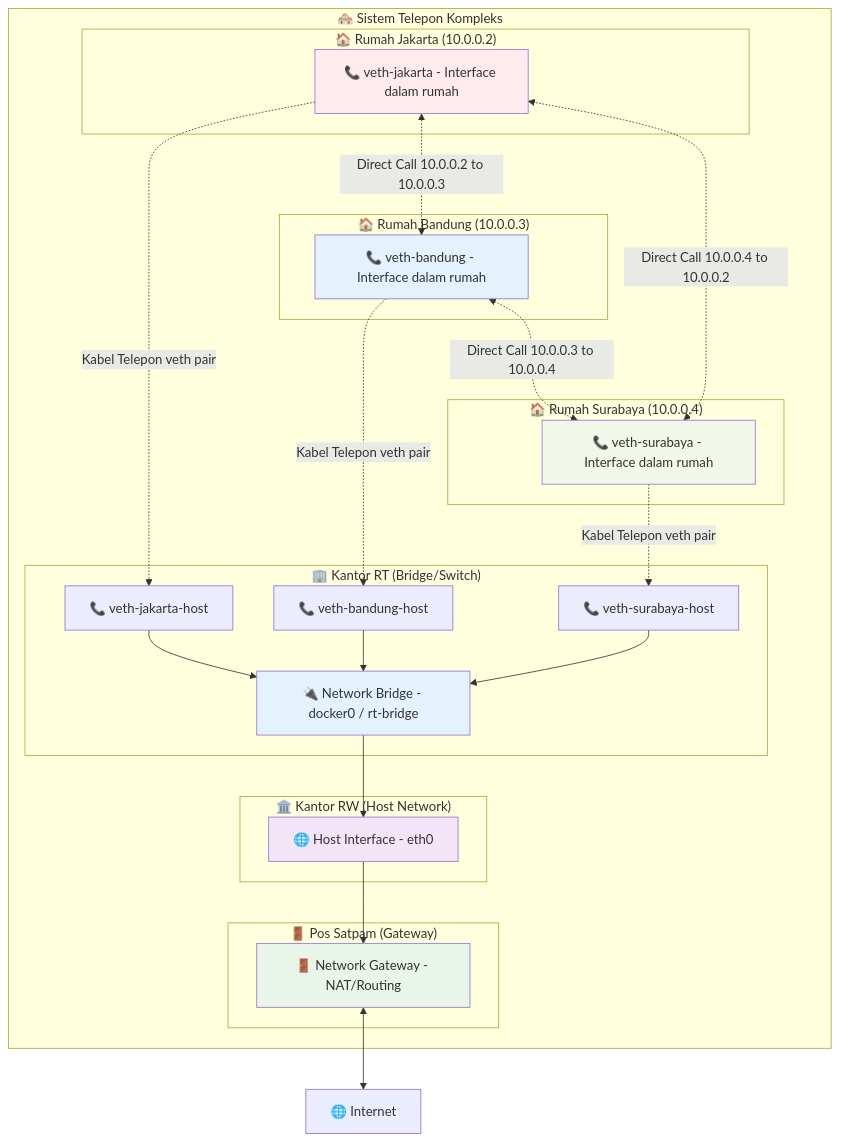
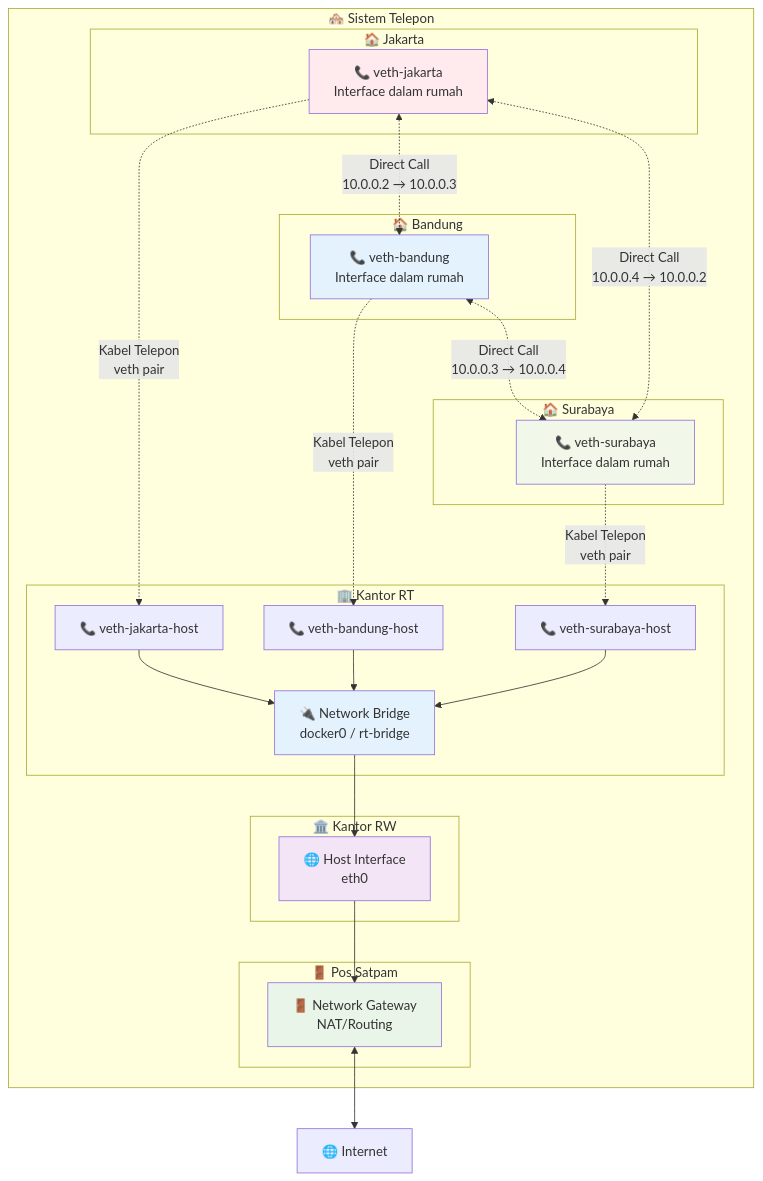
The fifth of 8 diagrams in docs/DIAGRAMS.md (tonidy/pak-rt), drawn with Mermaid before and after one commit. The commit also changed other lines of this file, not shown here.

First line of the commit message:
docs(diagrams): improve Mermaid diagram readability with line breaks

````diff
--- a/docs/DIAGRAMS.md
+++ b/docs/DIAGRAMS.md
@@ -190,56 +190,56 @@
 ```mermaid
 graph TB
-    subgraph "🏘️ Sistem Telepon Kompleks"
-        subgraph "🏠 Rumah Jakarta (10.0.0.2)"
-            TelJkt[📞 veth-jakarta - Interface dalam rumah]
+    subgraph "🏘️ Sistem Telepon"
+        subgraph "🏠 Jakarta"
+            TelJkt[📞 veth-jakarta<br/>Interface dalam rumah]
         end
         
-        subgraph "🏠 Rumah Bandung (10.0.0.3)"
-            TelBdg[📞 veth-bandung - Interface dalam rumah]
+        subgraph "🏠 Bandung"
+            TelBdg[📞 veth-bandung<br/>Interface dalam rumah]
         end
         
-        subgraph "🏠 Rumah Surabaya (10.0.0.4)"
-            TelSby[📞 veth-surabaya - Interface dalam rumah]
+        subgraph "🏠 Surabaya"
+            TelSby[📞 veth-surabaya<br/>Interface dalam rumah]
         end
         
-        subgraph "🏢 Kantor RT (Bridge/Switch)"
-            Switch[🔌 Network Bridge - docker0 / rt-bridge]
+        subgraph "🏢 Kantor RT"
+            Switch[🔌 Network Bridge<br/>docker0 / rt-bridge]
             HostJkt[📞 veth-jakarta-host]
             HostBdg[📞 veth-bandung-host]
             HostSby[📞 veth-surabaya-host]
         end
         
-        subgraph "🏛️ Kantor RW (Host Network)"
-            HostNet[🌐 Host Interface - eth0]
+        subgraph "🏛️ Kantor RW"
+            HostNet[🌐 Host Interface<br/>eth0]
         end
         
-        subgraph "🚪 Pos Satpam (Gateway)"
-            Gateway[🚪 Network Gateway - NAT/Routing]
+        subgraph "🚪 Pos Satpam"
+            Gateway[🚪 Network Gateway<br/>NAT/Routing]
         end
     end
     
     Internet[🌐 Internet]
     
-    TelJkt -.->|Kabel Telepon veth pair| HostJkt
-    TelBdg -.->|Kabel Telepon veth pair| HostBdg
-    TelSby -.->|Kabel Telepon veth pair| HostSby
+    TelJkt -.->|Kabel Telepon<br/>veth pair| HostJkt
+    TelBdg -.->|Kabel Telepon<br/>veth pair| HostBdg
+    TelSby -.->|Kabel Telepon<br/>veth pair| HostSby
     
     HostJkt --> Switch
     HostBdg --> Switch
     HostSby --> Switch
     
     Switch --> HostNet
     HostNet --> Gateway
     Gateway <--> Internet
     
-    TelJkt <-.->|Direct Call 10.0.0.2 to 10.0.0.3| TelBdg
-    TelBdg <-.->|Direct Call 10.0.0.3 to 10.0.0.4| TelSby
-    TelSby <-.->|Direct Call 10.0.0.4 to 10.0.0.2| TelJkt
+    TelJkt <-.->|Direct Call<br/>10.0.0.2 → 10.0.0.3| TelBdg
+    TelBdg <-.->|Direct Call<br/>10.0.0.3 → 10.0.0.4| TelSby
+    TelSby <-.->|Direct Call<br/>10.0.0.4 → 10.0.0.2| TelJkt
     
     style Switch fill:#e3f2fd
     style HostNet fill:#f3e5f5
     style Gateway fill:#e8f5e8
     style TelJkt fill:#ffebee
     style TelBdg fill:#e3f2fd
     style TelSby fill:#f1f8e9
 ```
````
